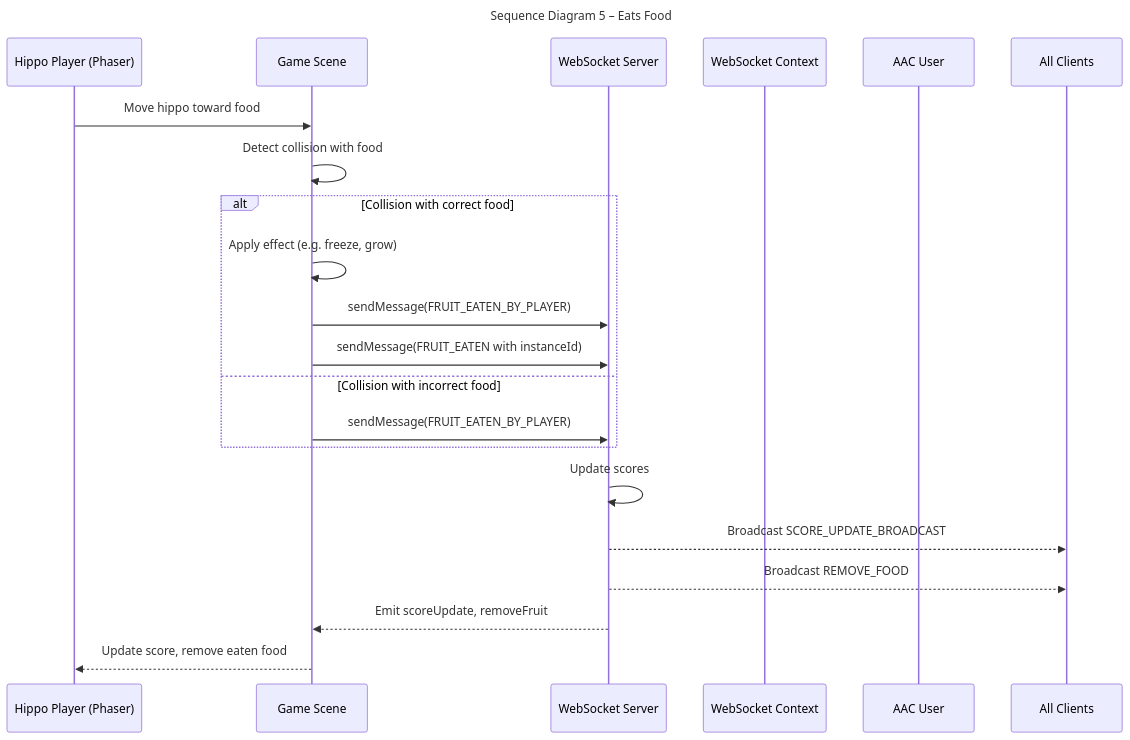
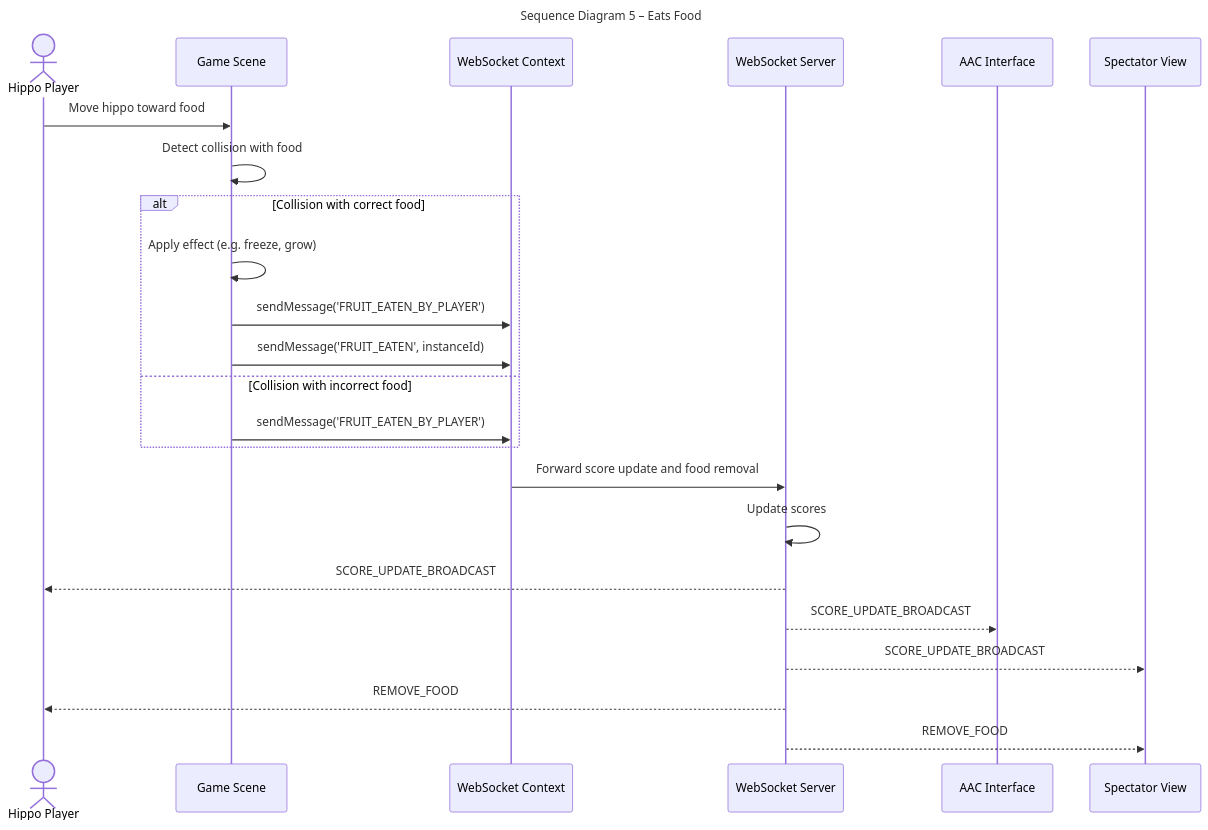
Before and after one commit to tug74295/project-acc-hungry-hippos: the fifth of 7 diagrams in documentation/docs/system-architecture/sequence-diagrams.md, drawn with Mermaid. The commit also changed other lines of this file, not shown here.

Commit message:
Updated use case 4 and 5 sequence diagrams

````diff
--- a/documentation/docs/system-architecture/sequence-diagrams.md
+++ b/documentation/docs/system-architecture/sequence-diagrams.md
@@ -190,31 +189,36 @@
 ```mermaid
 ---
 title: Sequence Diagram 5 – Eats Food
 ---
 
 sequenceDiagram
-    participant Hippo_Player as Hippo Player (Phaser)
+    actor Hippo_Player as Hippo Player
     participant Phaser_Scene as Game Scene
-    participant Game_Server as WebSocket Server
     participant WebSocket_Client as WebSocket Context
-    participant AAC_User as AAC User
+    participant WebSocket_Server as WebSocket Server
+    participant AAC_Interface as AAC Interface
+    participant Spectator_UI as Spectator View
 
     Hippo_Player->>Phaser_Scene: Move hippo toward food
     Phaser_Scene->>Phaser_Scene: Detect collision with food
 
     alt Collision with correct food
         Phaser_Scene->>Phaser_Scene: Apply effect (e.g. freeze, grow)
-        Phaser_Scene->>Game_Server: sendMessage(FRUIT_EATEN_BY_PLAYER)
-        Phaser_Scene->>Game_Server: sendMessage(FRUIT_EATEN with instanceId)
+        Phaser_Scene->>WebSocket_Client: sendMessage('FRUIT_EATEN_BY_PLAYER')
+        Phaser_Scene->>WebSocket_Client: sendMessage('FRUIT_EATEN', instanceId)
     else Collision with incorrect food
-        Phaser_Scene->>Game_Server: sendMessage(FRUIT_EATEN_BY_PLAYER)
+        Phaser_Scene->>WebSocket_Client: sendMessage('FRUIT_EATEN_BY_PLAYER')
     end
 
-    Game_Server->>Game_Server: Update scores
-    Game_Server-->>All Clients: Broadcast SCORE_UPDATE_BROADCAST
-    Game_Server-->>All Clients: Broadcast REMOVE_FOOD
-    Game_Server-->>Phaser_Scene: Emit scoreUpdate, removeFruit
+    WebSocket_Client->>WebSocket_Server: Forward score update and food removal
 
-    Phaser_Scene-->>Hippo_Player: Update score, remove eaten food
+    WebSocket_Server->>WebSocket_Server: Update scores
+
+    WebSocket_Server-->>Hippo_Player: SCORE_UPDATE_BROADCAST
+    WebSocket_Server-->>AAC_Interface: SCORE_UPDATE_BROADCAST
+    WebSocket_Server-->>Spectator_UI: SCORE_UPDATE_BROADCAST
+
+    WebSocket_Server-->>Hippo_Player: REMOVE_FOOD
+    WebSocket_Server-->>Spectator_UI: REMOVE_FOOD
 
 ```
````
